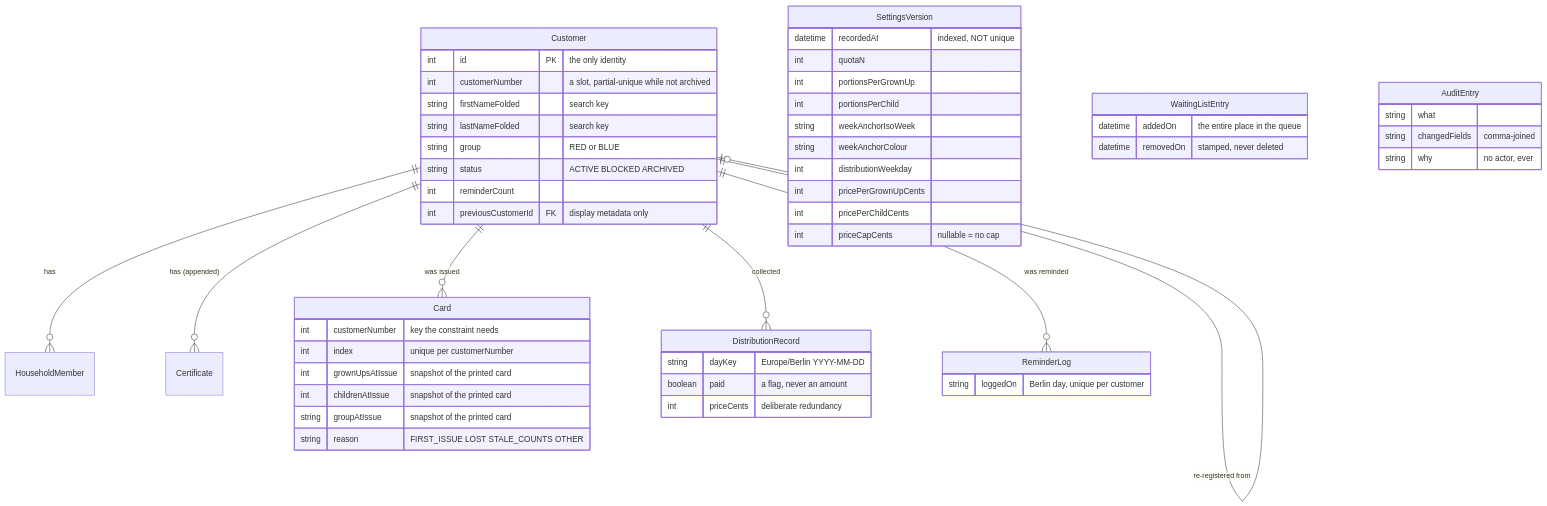
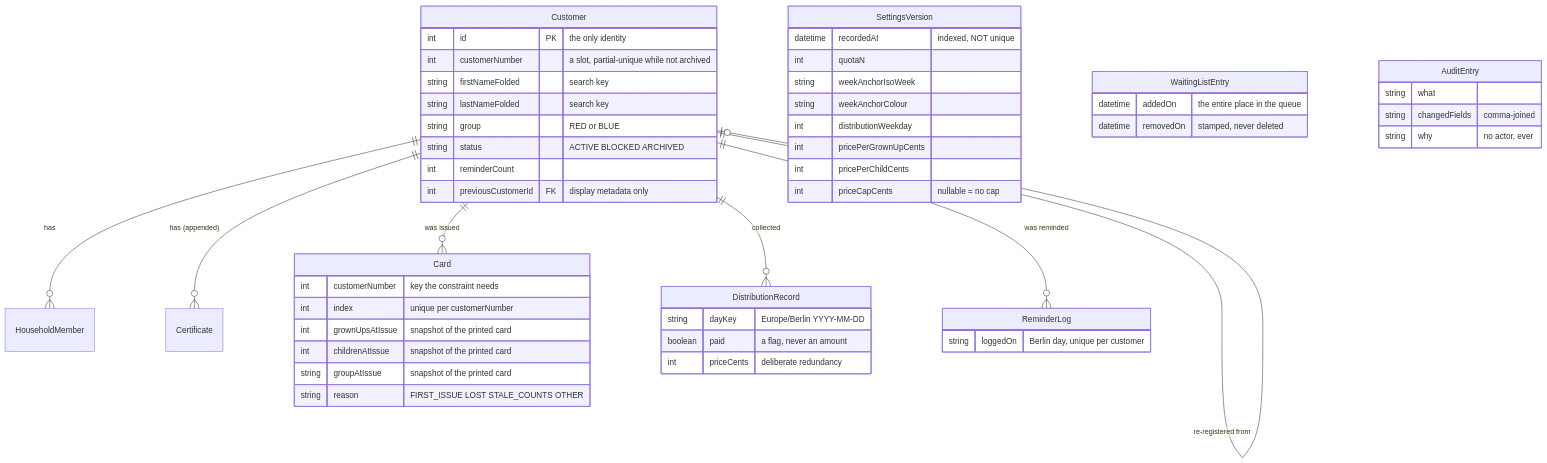
One commit to Lin0pan/FD-management changed the diagram in docs/architecture/08-crosscutting-concepts.md. Above: the diagram before and after it, drawn with Mermaid. The commit also changed other lines of this file and 83 other files, not shown here.

````diff
--- a/docs/architecture/08-crosscutting-concepts.md
+++ b/docs/architecture/08-crosscutting-concepts.md
@@ -14,56 +14,54 @@
 ```mermaid
 erDiagram
     Customer ||--o{ HouseholdMember : "has"
     Customer ||--o{ Certificate : "has (appended)"
     Customer ||--o{ Card : "was issued"
     Customer ||--o{ DistributionRecord : "collected"
     Customer ||--o{ ReminderLog : "was reminded"
     Customer ||--o| Customer : "re-registered from"
     SettingsVersion {
         datetime recordedAt "indexed, NOT unique"
         int quotaN
-        int portionsPerGrownUp
-        int portionsPerChild
         string weekAnchorIsoWeek
         string weekAnchorColour
         int distributionWeekday
         int pricePerGrownUpCents
         int pricePerChildCents
         int priceCapCents "nullable = no cap"
     }
     Customer {
         int id PK "the only identity"
         int customerNumber "a slot, partial-unique while not archived"
         string firstNameFolded "search key"
         string lastNameFolded "search key"
         string group "RED or BLUE"
         string status "ACTIVE BLOCKED ARCHIVED"
         int reminderCount
         int previousCustomerId FK "display metadata only"
     }
     Card {
         int customerNumber "key the constraint needs"
         int index "unique per customerNumber"
         int grownUpsAtIssue "snapshot of the printed card"
         int childrenAtIssue "snapshot of the printed card"
         string groupAtIssue "snapshot of the printed card"
         string reason "FIRST_ISSUE LOST STALE_COUNTS OTHER"
     }
     DistributionRecord {
         string dayKey "Europe/Berlin YYYY-MM-DD"
         boolean paid "a flag, never an amount"
         int priceCents "deliberate redundancy"
     }
     WaitingListEntry {
         datetime addedOn "the entire place in the queue"
         datetime removedOn "stamped, never deleted"
     }
     ReminderLog {
         string loggedOn "Berlin day, unique per customer"
     }
     AuditEntry {
         string what
         string changedFields "comma-joined"
         string why "no actor, ever"
     }
 ```
````
